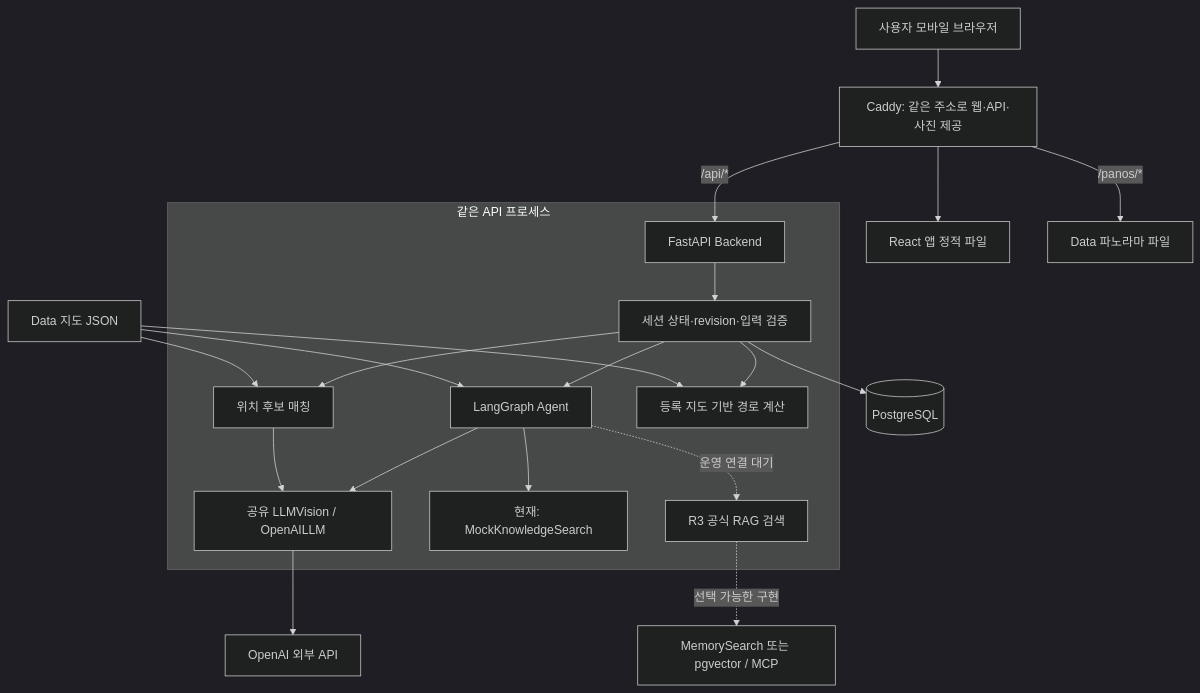
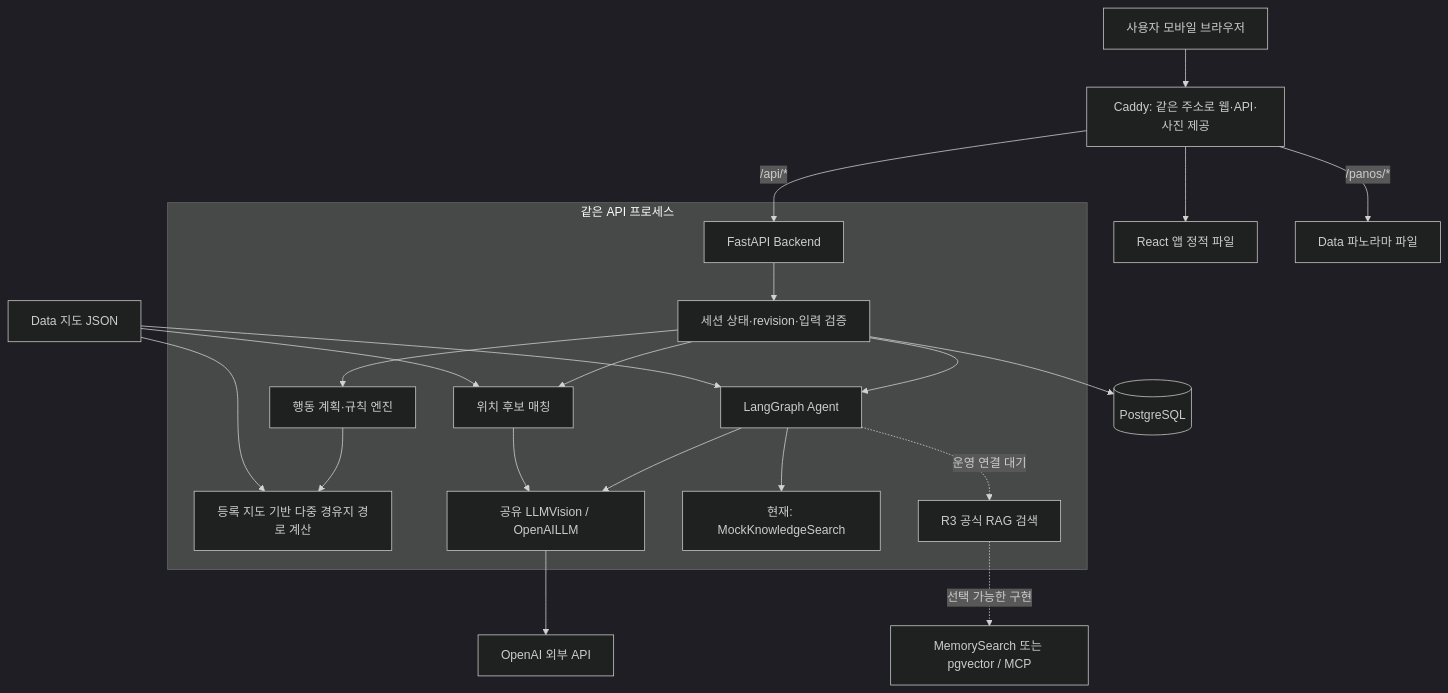
One commit to 2021147538/oneload-qa changed the diagram in docs/architecture-current-20261023.md. Above: the diagram before and after it, drawn with Mermaid (dark theme). The commit also changed other lines of this file and 16 other files, not shown here.

````diff
--- a/docs/architecture-current-20261023.md
+++ b/docs/architecture-current-20261023.md
@@ -27,23 +27,24 @@
 ```mermaid
 flowchart TD
   U[사용자 모바일 브라우저] --> C[Caddy: 같은 주소로 웹·API·사진 제공]
   C --> W[React 앱 정적 파일]
   C -->|/api/*| B[FastAPI Backend]
   C -->|/panos/*| P[Data 파노라마 파일]
   subgraph API[같은 API 프로세스]
     B --> S[세션 상태·revision·입력 검증]
     S --> A[LangGraph Agent]
     S --> L[위치 후보 매칭]
-    S --> R[등록 지도 기반 경로 계산]
+    S --> T[행동 계획·규칙 엔진]
+    T --> R[등록 지도 기반 다중 경유지 경로 계산]
     A --> V[공유 LLMVision / OpenAILLM]
     L --> V
     A --> K[현재: MockKnowledgeSearch]
     A -. 운영 연결 대기 .-> G[R3 공식 RAG 검색]
   end
   S --> DB[(PostgreSQL)]
   D[Data 지도 JSON] --> L
   D --> R
   D --> A
   V --> O[OpenAI 외부 API]
   G -. 선택 가능한 구현 .-> M[MemorySearch 또는 pgvector / MCP]
 ```
````
